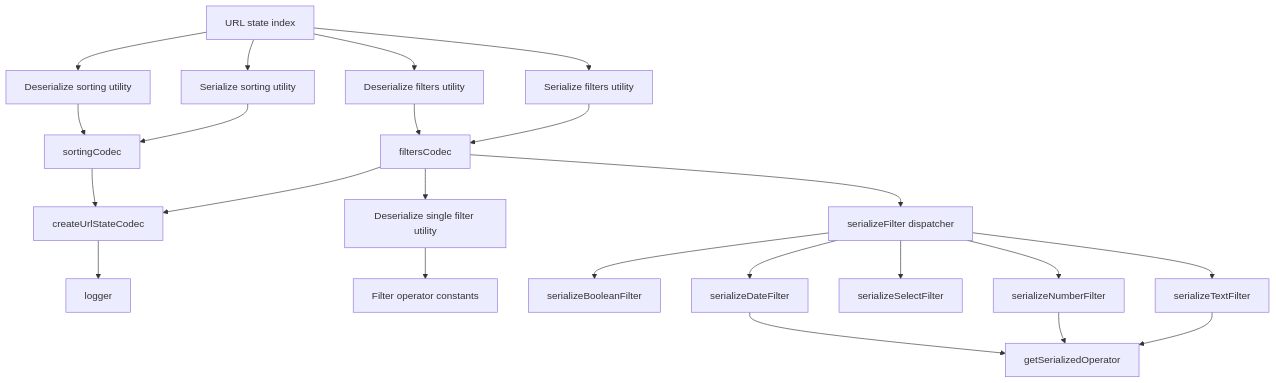
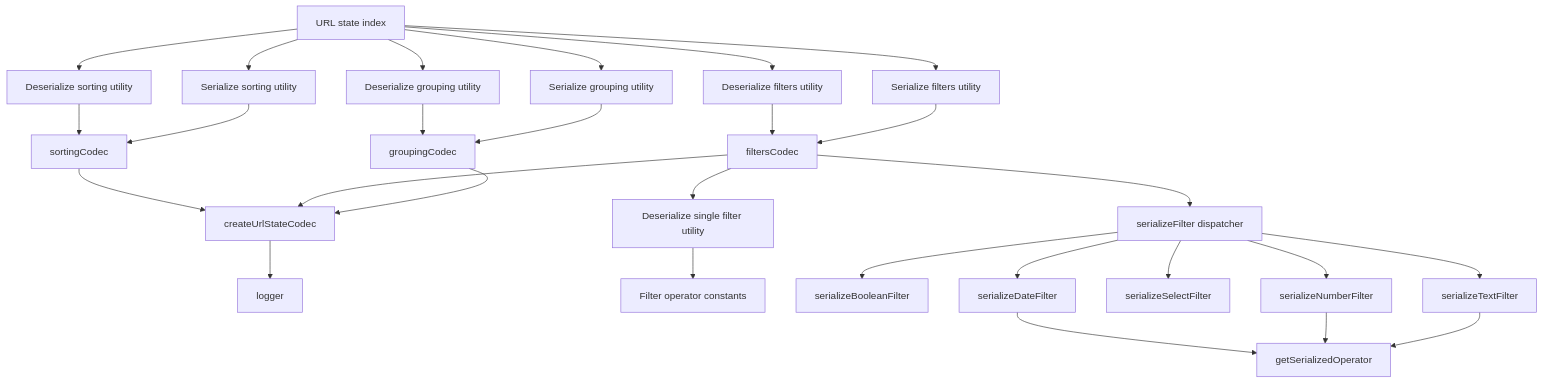
The first of 7 diagrams in packages/ui/src/utils/urlState/ARCHITECTURE.md (luciocabrera/lcabrera-stack), drawn with Mermaid before and after one commit. The commit also changed other lines of this file and 105 other files, not shown here.

````diff
--- a/packages/ui/src/utils/urlState/ARCHITECTURE.md
+++ b/packages/ui/src/utils/urlState/ARCHITECTURE.md
@@ -104,28 +107,33 @@
 ```mermaid
 graph TD
   Index[URL state index] --> DSF[Deserialize filters utility]
   Index --> DSS[Deserialize sorting utility]
+  Index --> DSG[Deserialize grouping utility]
   Index --> SFU[Serialize filters utility]
   Index --> SSU[Serialize sorting utility]
+  Index --> SGU[Serialize grouping utility]
 
   DSS --> SortingCodec[sortingCodec]
   SSU --> SortingCodec
   DSF --> FiltersCodec[filtersCodec]
   SFU --> FiltersCodec
+  DSG --> GroupingCodec[groupingCodec]
+  SGU --> GroupingCodec
 
   SortingCodec --> Factory[createUrlStateCodec]
   FiltersCodec --> Factory
+  GroupingCodec --> Factory
   Factory --> Logger[logger]
 
   FiltersCodec --> DF[Deserialize single filter utility]
   FiltersCodec --> SF[serializeFilter dispatcher]
   DF --> FilterConstants[Filter operator constants]
   SF --> SBF[serializeBooleanFilter]
   SF --> SDF[serializeDateFilter]
   SF --> SSF[serializeSelectFilter]
   SF --> SNF[serializeNumberFilter]
   SF --> STF[serializeTextFilter]
   SDF --> GSO[getSerializedOperator]
   SNF --> GSO
   STF --> GSO
 ```
````
